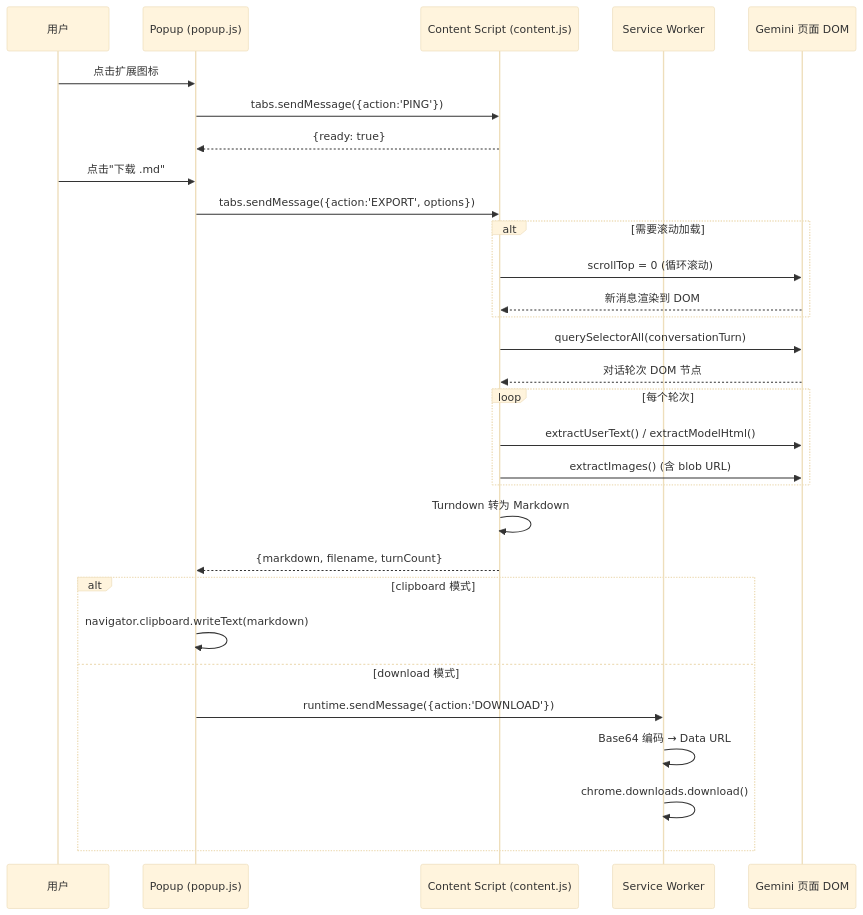
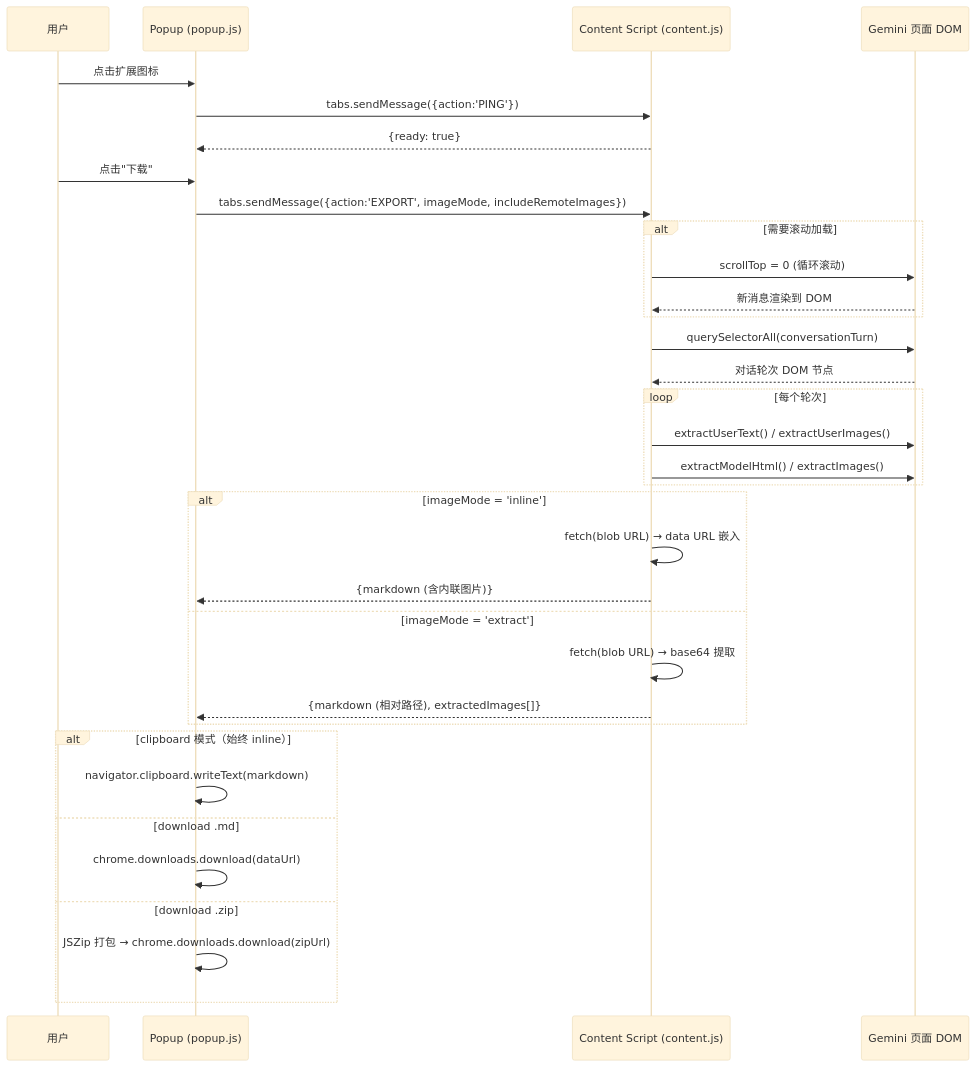
The second of 2 diagrams in Chrome Extension MV3 技术报告.md (congzhangzh/baize-chat-exporter), drawn with Mermaid (base theme) before and after one commit. The commit also changed other lines of this file and 3 other files, not shown here.

Commit message:
fix: restrict ZIP compression to download mode and add store listing documentation

````diff
--- a/Chrome Extension MV3 技术报告.md
+++ b/Chrome Extension MV3 技术报告.md
@@ -381,39 +386,43 @@
 ```mermaid
 sequenceDiagram
     participant U as 用户
     participant P as Popup (popup.js)
     participant CS as Content Script (content.js)
-    participant SW as Service Worker
     participant DOM as Gemini 页面 DOM
 
     U->>P: 点击扩展图标
     P->>CS: tabs.sendMessage({action:'PING'})
     CS-->>P: {ready: true}
 
-    U->>P: 点击"下载 .md"
-    P->>CS: tabs.sendMessage({action:'EXPORT', options})
+    U->>P: 点击"下载"
+    P->>CS: tabs.sendMessage({action:'EXPORT', imageMode, includeRemoteImages})
 
     alt 需要滚动加载
         CS->>DOM: scrollTop = 0 (循环滚动)
         DOM-->>CS: 新消息渲染到 DOM
     end
 
     CS->>DOM: querySelectorAll(conversationTurn)
     DOM-->>CS: 对话轮次 DOM 节点
 
     loop 每个轮次
-        CS->>DOM: extractUserText() / extractModelHtml()
-        CS->>DOM: extractImages() (含 blob URL)
+        CS->>DOM: extractUserText() / extractUserImages()
+        CS->>DOM: extractModelHtml() / extractImages()
     end
 
-    CS->>CS: Turndown 转为 Markdown
-    CS-->>P: {markdown, filename, turnCount}
+    alt imageMode = 'inline'
+        CS->>CS: fetch(blob URL) → data URL 嵌入
+        CS-->>P: {markdown (含内联图片)}
+    else imageMode = 'extract'
+        CS->>CS: fetch(blob URL) → base64 提取
+        CS-->>P: {markdown (相对路径), extractedImages[]}
+    end
 
-    alt clipboard 模式
+    alt clipboard 模式（始终 inline）
         P->>P: navigator.clipboard.writeText(markdown)
-    else download 模式
-        P->>SW: runtime.sendMessage({action:'DOWNLOAD'})
-        SW->>SW: Base64 编码 → Data URL
-        SW->>SW: chrome.downloads.download()
+    else download .md
+        P->>P: chrome.downloads.download(dataUrl)
+    else download .zip
+        P->>P: JSZip 打包 → chrome.downloads.download(zipUrl)
     end
 ```
````
